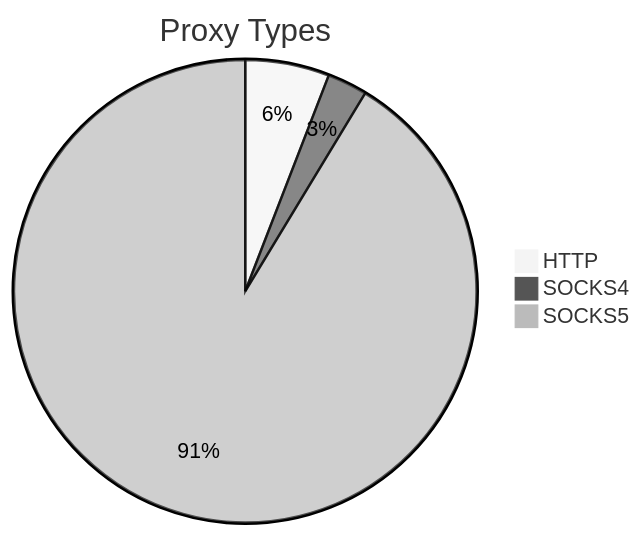
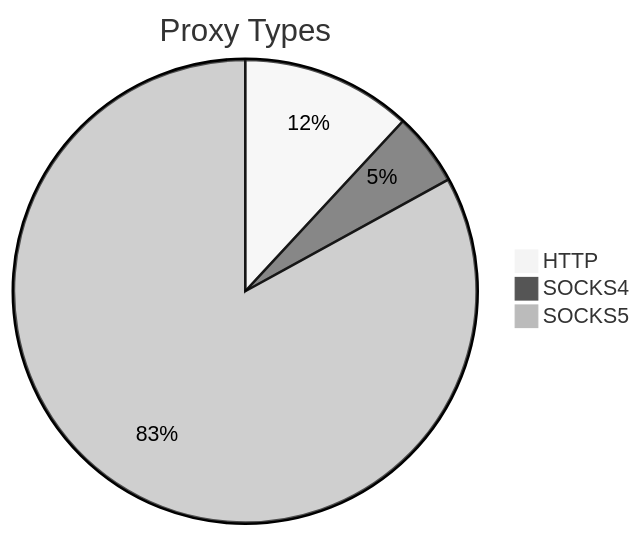
One commit to stormsia/proxy-list changed the first of 2 diagrams in README.md. Above: the diagram before and after it, drawn with Mermaid (neutral theme). The commit also changed other lines of this file, not shown here.

````diff
--- a/README.md
+++ b/README.md
@@ -21,6 +21,6 @@
 ```mermaid
 pie title Proxy Types
-    "HTTP" : 143
-    "SOCKS4" : 68
-    "SOCKS5" : 2223
+    "HTTP" : 168
+    "SOCKS4" : 72
+    "SOCKS5" : 1172
 ```
````
